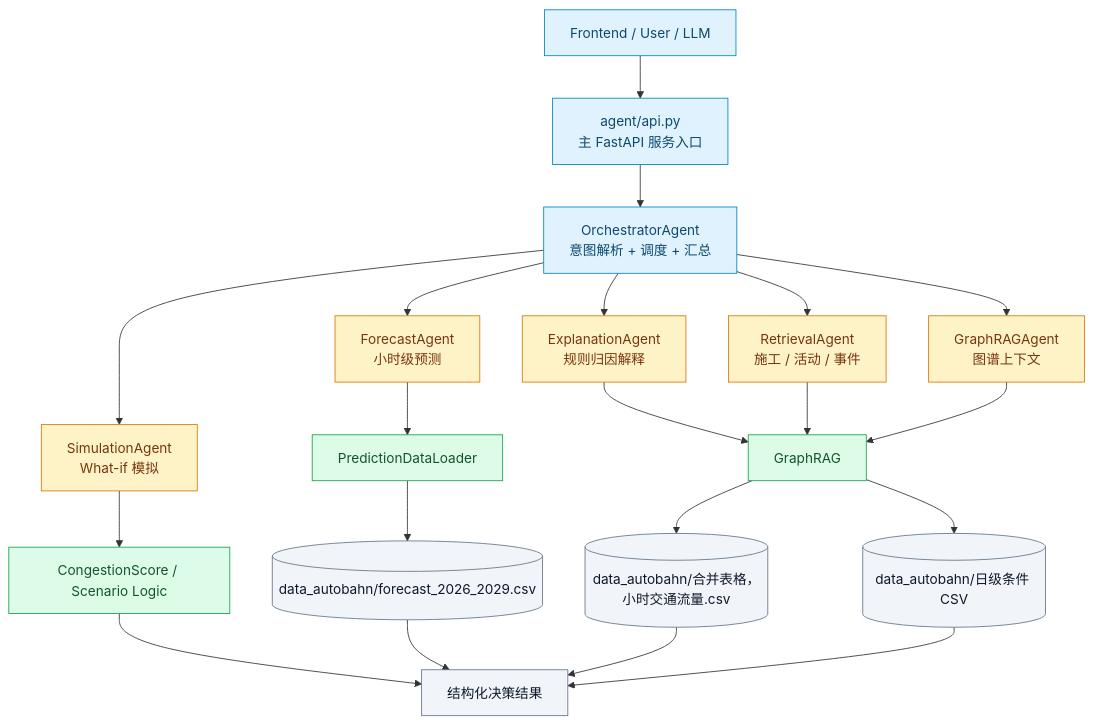
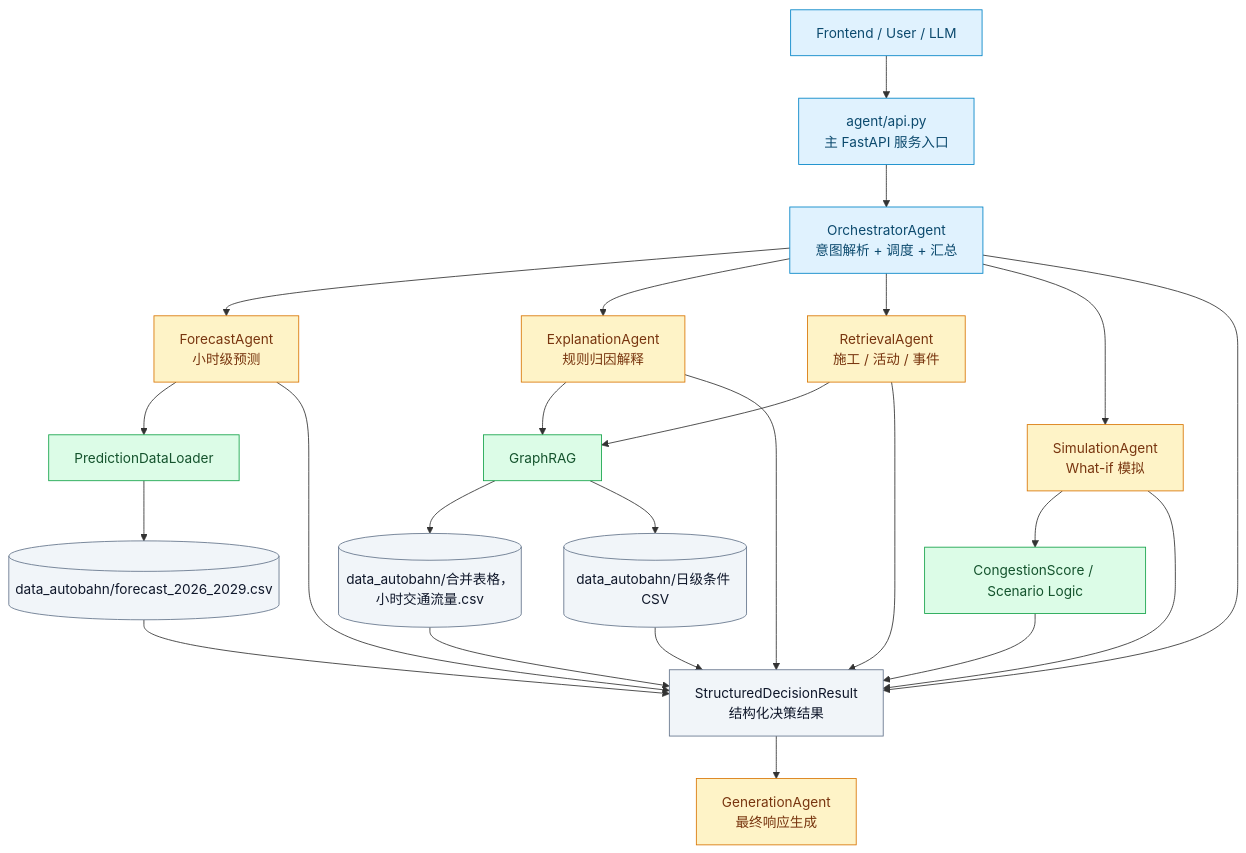
The first of 11 diagrams in agent/README.md (ForeverTTT/Autobahn-hackathon), drawn with Mermaid before and after one commit. The commit also changed other lines of this file and 10 other files, not shown here.

````diff
--- a/agent/README.md
+++ b/agent/README.md
@@ -13,34 +13,38 @@
 ```mermaid
 flowchart TB
     U["Frontend / User / LLM"] --> API["agent/api.py<br/>主 FastAPI 服务入口"]
     API --> ORC["OrchestratorAgent<br/>意图解析 + 调度 + 汇总"]
 
     ORC --> FA["ForecastAgent<br/>小时级预测"]
     ORC --> EA["ExplanationAgent<br/>规则归因解释"]
     ORC --> RA["RetrievalAgent<br/>施工 / 活动 / 事件"]
     ORC --> SA["SimulationAgent<br/>What-if 模拟"]
-    ORC --> GA["GraphRAGAgent<br/>图谱上下文"]
+    ORC --> SDR["StructuredDecisionResult<br/>结构化决策结果"]
+    SDR --> GA["GenerationAgent<br/>最终响应生成"]
 
     FA --> DL["PredictionDataLoader"]
     EA --> GR["GraphRAG"]
     RA --> GR
-    GA --> GR
     SA --> CS["CongestionScore / Scenario Logic"]
+    FA --> SDR
+    EA --> SDR
+    RA --> SDR
+    SA --> SDR
 
     DL --> PRED[("data_autobahn/forecast_2026_2029.csv")]
     GR --> META[("data_autobahn/合并表格，小时交通流量.csv")]
     GR --> EXT[("data_autobahn/日级条件 CSV")]
-    CS --> OUT["结构化决策结果"]
-    PRED --> OUT
-    META --> OUT
-    EXT --> OUT
+    CS --> SDR
+    PRED --> SDR
+    META --> SDR
+    EXT --> SDR
 
     classDef entry fill:#e0f2fe,stroke:#0284c7,color:#0c4a6e;
     classDef agent fill:#fef3c7,stroke:#d97706,color:#78350f;
     classDef tool fill:#dcfce7,stroke:#16a34a,color:#14532d;
     classDef data fill:#f1f5f9,stroke:#64748b,color:#0f172a;
     class U,API,ORC entry;
     class FA,EA,RA,SA,GA agent;
     class DL,GR,CS tool;
-    class PRED,META,EXT,OUT data;
+    class PRED,META,EXT,SDR data;
 ```
````
